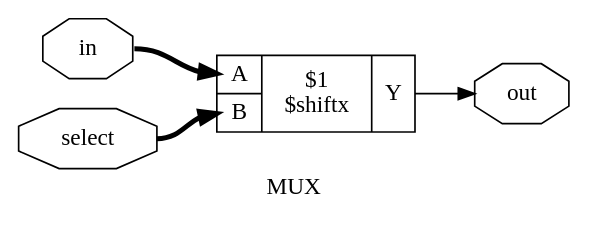
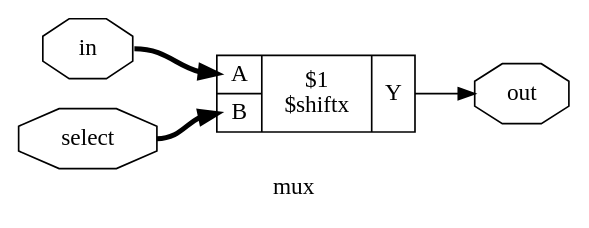
One commit to Rushi03/logic-design changed the diagram in projects/mux/mux_v1/mux_diagram.dot. Above: the diagram before and after it, drawn with Graphviz. The commit also changed 48 other files, not shown here.

```diff
--- a/projects/mux/mux_v1/mux_diagram.dot
+++ b/projects/mux/mux_v1/mux_diagram.dot
@@ -1,12 +1,12 @@
-digraph "MUX" {
-label="MUX";
+digraph "mux" {
+label="mux";
 rankdir="LR";
 remincross=true;
 n1 [ shape=octagon, label="in", color="black", fontcolor="black"];
 n2 [ shape=octagon, label="out", color="black", fontcolor="black"];
 n3 [ shape=octagon, label="select", color="black", fontcolor="black"];
 c7 [ shape=record, label="{{<p4> A|<p5> B}|$1\n$shiftx|{<p6> Y}}",  ];
 n1:e -> c7:p4:w [color="black", fontcolor="black", style="setlinewidth(3)", label=""];
 c7:p6:e -> n2:w [color="black", fontcolor="black", label=""];
 n3:e -> c7:p5:w [color="black", fontcolor="black", style="setlinewidth(3)", label=""];
 }
```
